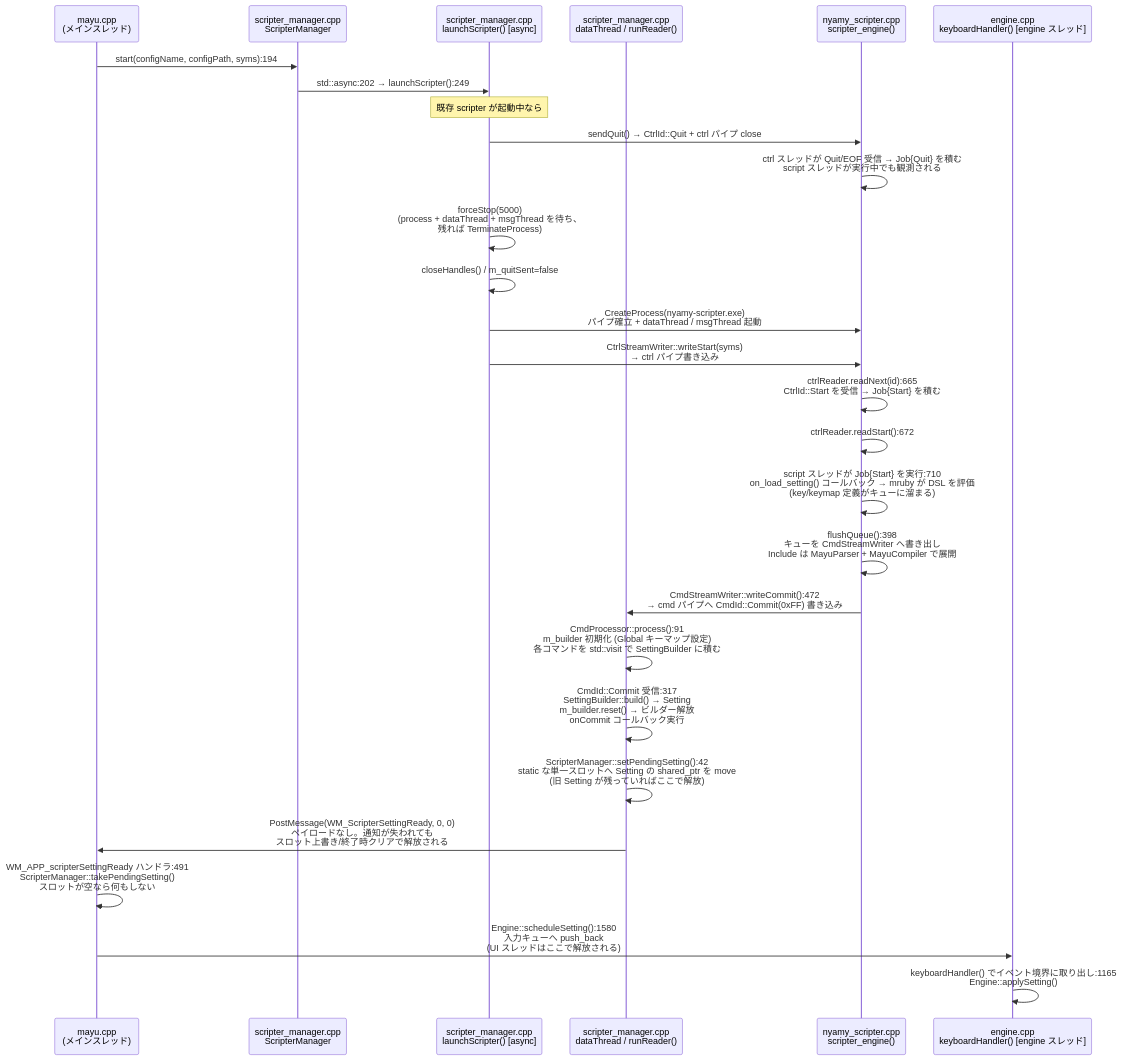
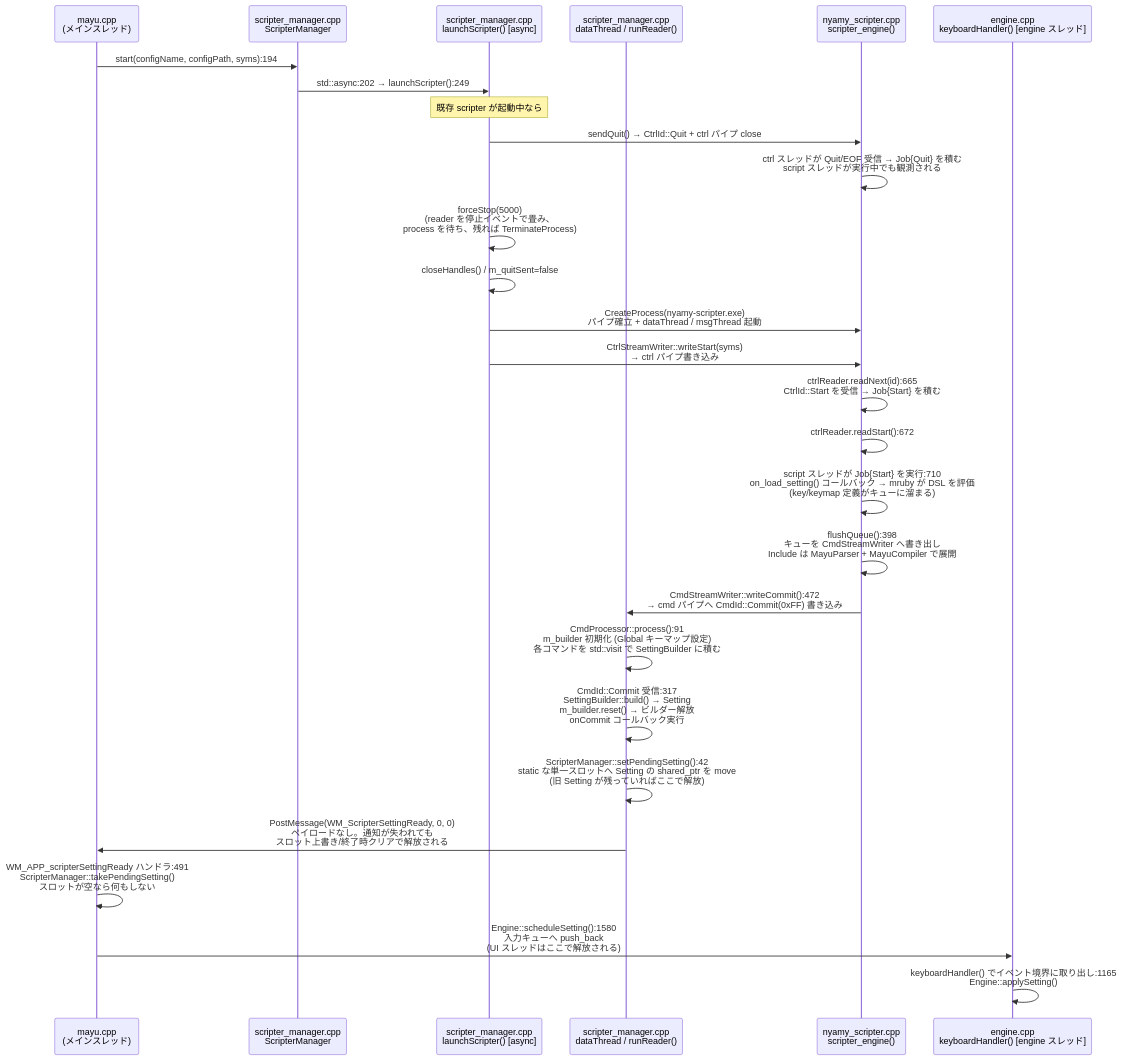
One commit to vmi/nyamy changed the third of 7 diagrams in doc/event-flow.md. Above: the diagram before and after it, drawn with Mermaid. The commit also changed other lines of this file and 6 other files, not shown here.

````diff
--- a/doc/event-flow.md
+++ b/doc/event-flow.md
@@ -226,40 +226,40 @@
 ```mermaid
 ---
 config:
   layout: elk
 ---
 sequenceDiagram
     participant mayu as mayu.cpp<br/>(メインスレッド)
     participant sm as scripter_manager.cpp<br/>ScripterManager
     participant async as scripter_manager.cpp<br/>launchScripter() [async]
     participant dt as scripter_manager.cpp<br/>dataThread / runReader()
     participant sc as nyamy_scripter.cpp<br/>scripter_engine()
     participant eng as engine.cpp<br/>keyboardHandler() [engine スレッド]
 
     mayu->>sm: start(configName, configPath, syms):194
     sm->>async: std::async:202 → launchScripter():249
 
     Note over async: 既存 scripter が起動中なら
     async->>sc: sendQuit() → CtrlId::Quit + ctrl パイプ close
     sc->>sc: ctrl スレッドが Quit/EOF 受信 → Job{Quit} を積む<br/>script スレッドが実行中でも観測される
-    async->>async: forceStop(5000)<br/>(process + dataThread + msgThread を待ち、<br/>残れば TerminateProcess)
+    async->>async: forceStop(5000)<br/>(reader を停止イベントで畳み、<br/>process を待ち、残れば TerminateProcess)
     async->>async: closeHandles() / m_quitSent=false
 
     async->>sc: CreateProcess(nyamy-scripter.exe)<br/>パイプ確立 + dataThread / msgThread 起動
     async->>sc: CtrlStreamWriter::writeStart(syms)<br/>→ ctrl パイプ書き込み
 
     sc->>sc: ctrlReader.readNext(id):665<br/>CtrlId::Start を受信 → Job{Start} を積む
     sc->>sc: ctrlReader.readStart():672
     sc->>sc: script スレッドが Job{Start} を実行:710<br/>on_load_setting() コールバック → mruby が DSL を評価<br/>(key/keymap 定義がキューに溜まる)
     sc->>sc: flushQueue():398<br/>キューを CmdStreamWriter へ書き出し<br/>Include は MayuParser + MayuCompiler で展開
     sc->>dt: CmdStreamWriter::writeCommit():472<br/>→ cmd パイプへ CmdId::Commit(0xFF) 書き込み
 
     dt->>dt: CmdProcessor::process():91<br/>m_builder 初期化 (Global キーマップ設定)<br/>各コマンドを std::visit で SettingBuilder に積む
     dt->>dt: CmdId::Commit 受信:317<br/>SettingBuilder::build() → Setting<br/>m_builder.reset() → ビルダー解放<br/>onCommit コールバック実行
     dt->>dt: ScripterManager::setPendingSetting():42<br/>static な単一スロットへ Setting の shared_ptr を move<br/>(旧 Setting が残っていればここで解放)
     dt->>mayu: PostMessage(WM_ScripterSettingReady, 0, 0)<br/>ペイロードなし。通知が失われても<br/>スロット上書き/終了時クリアで解放される
 
     mayu->>mayu: WM_APP_scripterSettingReady ハンドラ:491<br/>ScripterManager::takePendingSetting()<br/>スロットが空なら何もしない
     mayu->>eng: Engine::scheduleSetting():1580<br/>入力キューへ push_back<br/>(UI スレッドはここで解放される)
     eng->>eng: keyboardHandler() でイベント境界に取り出し:1165<br/>Engine::applySetting()
 ```
````
